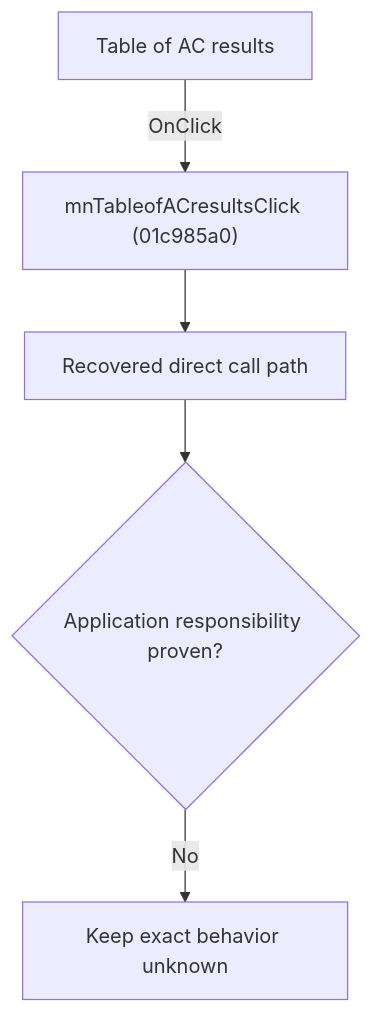
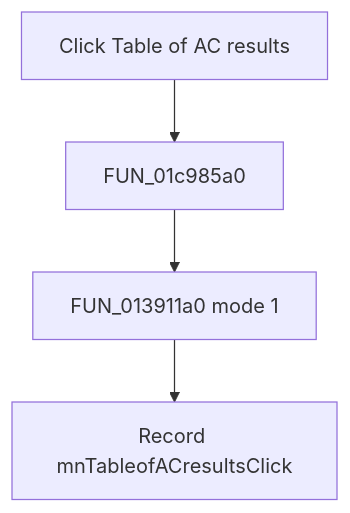
One commit to MovGP0/TIARA changed the diagram in docs/ui-controls/schematiceditor/mntableofacresults-2dd243cbab.md. Above: the diagram before and after it, drawn with Mermaid. The commit also changed other lines of this file and 241 other files, not shown here.

````diff
--- a/docs/ui-controls/schematiceditor/mntableofacresults-2dd243cbab.md
+++ b/docs/ui-controls/schematiceditor/mntableofacresults-2dd243cbab.md
@@ -27,7 +27,6 @@
 ```mermaid
 flowchart TD
-    control["Table of AC results"] -->|"OnClick"| handler["mnTableofACresultsClick (01c985a0)"]
-    handler --> recovered["Recovered direct call path"]
-    recovered --> gap{"Application responsibility proven?"}
-    gap -->|"No"| blocked["Keep exact behavior unknown"]
+    control["Click Table of AC results"] --> handler["FUN_01c985a0"]
+    handler --> table["FUN_013911a0 mode 1"]
+    table --> record["Record mnTableofACresultsClick"]
 ```
````
